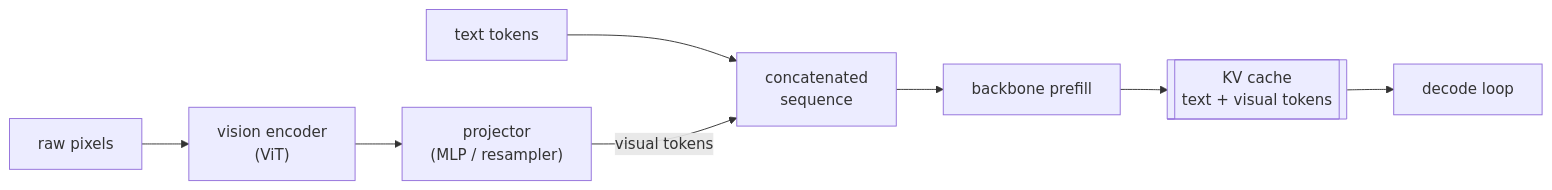
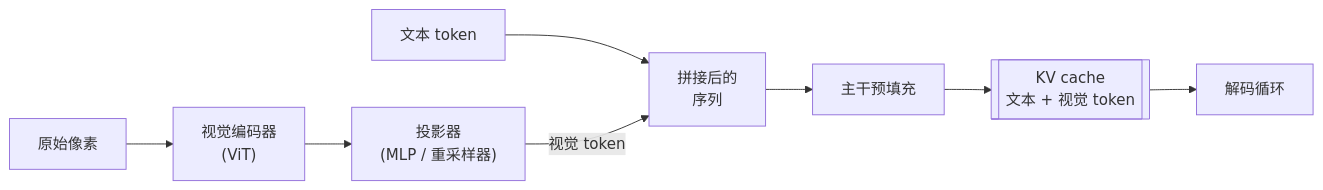
The diagram in zh/inference/06-serving-multimodal.qmd (latere-ai/ai-as-an-infrastructure), drawn with Mermaid before and after one commit. The commit also changed 273 other files, not shown here.

Commit message:
docs: localize Chinese diagrams

````diff
--- a/zh/inference/06-serving-multimodal.qmd
+++ b/zh/inference/06-serving-multimodal.qmd
@@ -32,12 +32,12 @@
 ```{mermaid}
 %%| label: fig-mm-pipeline
 %%| fig-cap: "多模态服务流水线。视觉编码器与投影器在预填充时对每张图像各跑一次，铸出视觉 token，与文本 token 拼接后便像文本一样驻留在键值缓存里。编码器是文本服务栈从未有过的一道额外算力工序。"
 flowchart LR
-  IMG["raw pixels"] --> ENC["vision encoder<br/>(ViT)"]
-  ENC --> PROJ["projector<br/>(MLP / resampler)"]
-  TXT["text tokens"] --> CAT["concatenated<br/>sequence"]
-  PROJ -->|"visual tokens"| CAT
-  CAT --> PREFILL["backbone prefill"]
-  PREFILL --> KV[["KV cache<br/>text + visual tokens"]]
-  KV --> DEC["decode loop"]
+  IMG["原始像素"] --> ENC["视觉编码器<br/>(ViT)"]
+  ENC --> PROJ["投影器<br/>(MLP / 重采样器)"]
+  TXT["文本 token"] --> CAT["拼接后的<br/>序列"]
+  PROJ -->|"视觉 token"| CAT
+  CAT --> PREFILL["主干预填充"]
+  PREFILL --> KV[["KV cache<br/>文本 + 视觉 token"]]
+  KV --> DEC["解码循环"]
 ```
````
